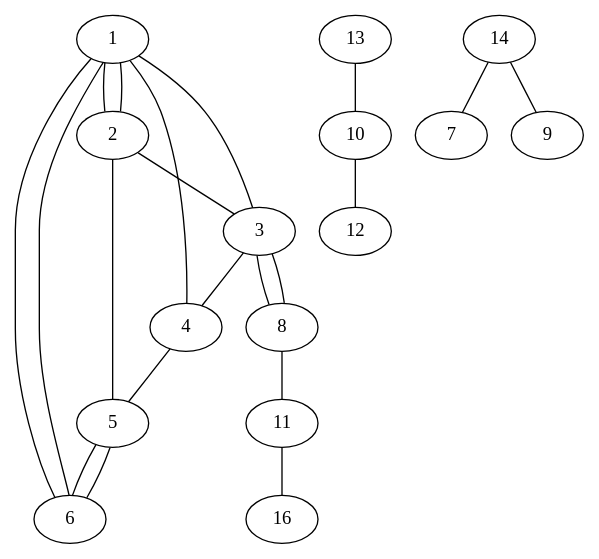
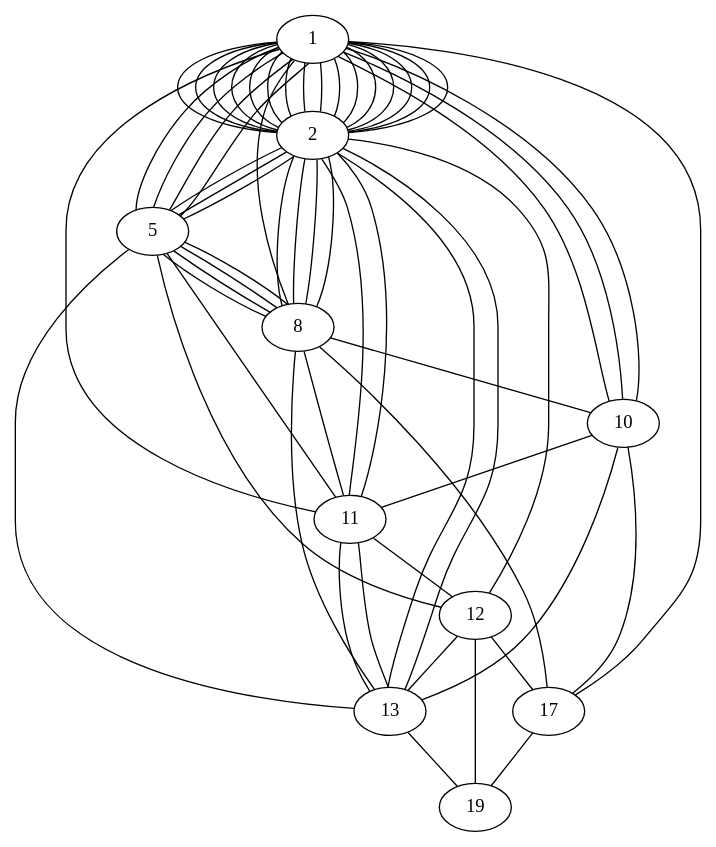
Before and after one commit to GuidoHeijden/CNproject_PAmodels: the diagram in hofstad_PA.dot, drawn with Graphviz. The commit also changed 2 other files, not shown here.

```diff
--- a/hofstad_PA.dot
+++ b/hofstad_PA.dot
@@ -1,37 +1,72 @@
 graph  {
-1 [pos="[-0.16976141  0.37092833]"];
-2 [pos="[0.31855196 0.49997731]"];
-3 [pos="[0.14825371 0.13646264]"];
-4 [pos="[0.09108098 0.51316618]"];
-5 [pos="[0.09953064 0.88499043]"];
-6 [pos="[-0.32441663  0.7793338 ]"];
-8 [pos="[ 0.24402962 -0.24894423]"];
-13 [pos="[-0.46106398  0.17079306]"];
-10 [pos="[-0.22290983 -0.13215906]"];
-14 [pos="[-0.19080702 -0.29900106]"];
-7 [pos="[-0.50738959 -0.51887955]"];
-9 [pos="[ 0.15344183 -0.12561403]"];
-12 [pos="[ 0.04905385 -0.40516277]"];
-11 [pos="[ 0.33791572 -0.62589105]"];
-16 [pos="[ 0.43449014 -1.        ]"];
+1 [pos="[-0.26617108  0.05777642]"];
+2 [pos="[0.59459157 0.34981396]"];
+5 [pos="[0.369225   0.71433465]"];
+8 [pos="[-0.50012828  0.44648906]"];
+10 [pos="[-0.87119825 -0.09106005]"];
+11 [pos="[-0.06708586  0.58129914]"];
+12 [pos="[ 0.63310411 -0.25466585]"];
+13 [pos="[ 0.08623448 -0.14757828]"];
+17 [pos="[-0.35037223 -0.65640905]"];
+19 [pos="[ 0.37180053 -1.        ]"];
 1 -- 2  [key=0];
 1 -- 2  [key=1];
-1 -- 4  [key=0];
-1 -- 6  [key=0];
-1 -- 6  [key=1];
-1 -- 3  [key=0];
-2 -- 3  [key=0];
+1 -- 2  [key=2];
+1 -- 2  [key=3];
+1 -- 2  [key=4];
+1 -- 2  [key=5];
+1 -- 2  [key=6];
+1 -- 2  [key=7];
+1 -- 2  [key=8];
+1 -- 2  [key=9];
+1 -- 2  [key=10];
+1 -- 2  [key=11];
+1 -- 2  [key=12];
+1 -- 2  [key=13];
+1 -- 2  [key=14];
+1 -- 2  [key=15];
+1 -- 5  [key=0];
+1 -- 5  [key=1];
+1 -- 5  [key=2];
+1 -- 5  [key=3];
+1 -- 10  [key=0];
+1 -- 10  [key=1];
+1 -- 10  [key=2];
+1 -- 11  [key=0];
+1 -- 8  [key=0];
+1 -- 17  [key=0];
 2 -- 5  [key=0];
-3 -- 8  [key=0];
-3 -- 8  [key=1];
-3 -- 4  [key=0];
-4 -- 5  [key=0];
-5 -- 6  [key=0];
-5 -- 6  [key=1];
+2 -- 5  [key=1];
+2 -- 5  [key=2];
+2 -- 8  [key=0];
+2 -- 8  [key=1];
+2 -- 8  [key=2];
+2 -- 8  [key=3];
+2 -- 12  [key=0];
+2 -- 13  [key=0];
+2 -- 13  [key=1];
+2 -- 11  [key=0];
+2 -- 11  [key=1];
+5 -- 8  [key=0];
+5 -- 8  [key=1];
+5 -- 8  [key=2];
+5 -- 8  [key=3];
+5 -- 12  [key=0];
+5 -- 13  [key=0];
+5 -- 11  [key=0];
+8 -- 10  [key=0];
 8 -- 11  [key=0];
-13 -- 10  [key=0];
-10 -- 12  [key=0];
-14 -- 7  [key=0];
-14 -- 9  [key=0];
-11 -- 16  [key=0];
+8 -- 13  [key=0];
+8 -- 17  [key=0];
+10 -- 11  [key=0];
+10 -- 13  [key=0];
+10 -- 17  [key=0];
+11 -- 12  [key=0];
+11 -- 13  [key=0];
+11 -- 13  [key=1];
+12 -- 13  [key=0];
+12 -- 17  [key=0];
+12 -- 19  [key=0];
+13 -- 19  [key=0];
+17 -- 19  [key=0];
 }
```
